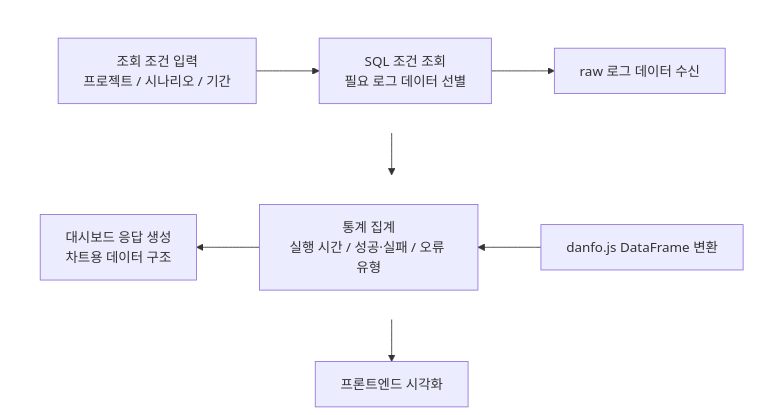
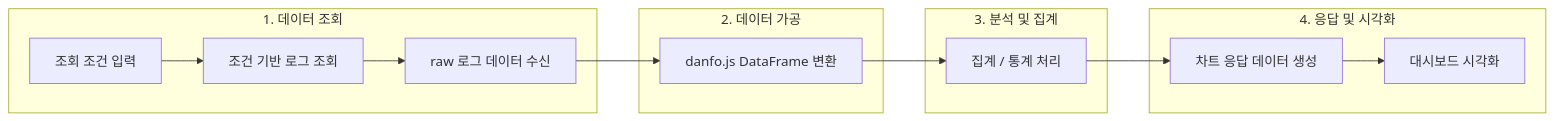
The diagram in docs/projects/automated-test-monitoring.md (Jungwoook/Jungwoook), drawn with Mermaid before and after one commit.

Commit message:
Restore horizontal data flow diagram

````diff
--- a/docs/projects/automated-test-monitoring.md
+++ b/docs/projects/automated-test-monitoring.md
@@ -32,18 +32,24 @@
 ```mermaid
-flowchart TB
-    subgraph R1[" "]
-        direction LR
-        A["조회 조건 입력<br>프로젝트 / 시나리오 / 기간"] --> B["SQL 조건 조회<br>필요 로그 데이터 선별"] --> C["raw 로그 데이터 수신"]
+flowchart LR
+
+    subgraph A["1. 데이터 조회"]
+        A1["조회 조건 입력"]
+        A2["조건 기반 로그 조회"]
+        A3["raw 로그 데이터 수신"]
     end
 
-    subgraph R2[" "]
-        direction RL
-        D["danfo.js DataFrame 변환"] --> E["통계 집계<br>실행 시간 / 성공·실패 / 오류 유형"] --> F["대시보드 응답 생성<br>차트용 데이터 구조"]
+    subgraph B["2. 데이터 가공"]
+        B1["danfo.js DataFrame 변환"]
     end
 
-    C --> D
-    F --> G["프론트엔드 시각화"]
+    subgraph C["3. 분석 및 집계"]
+        C1["집계 / 통계 처리"]
+    end
 
-    style R1 fill:transparent,stroke:transparent
-    style R2 fill:transparent,stroke:transparent
+    subgraph D["4. 응답 및 시각화"]
+        D1["차트 응답 데이터 생성"]
+        D2["대시보드 시각화"]
+    end
+
+    A1 --> A2 --> A3 --> B1 --> C1 --> D1 --> D2
 ```
````
